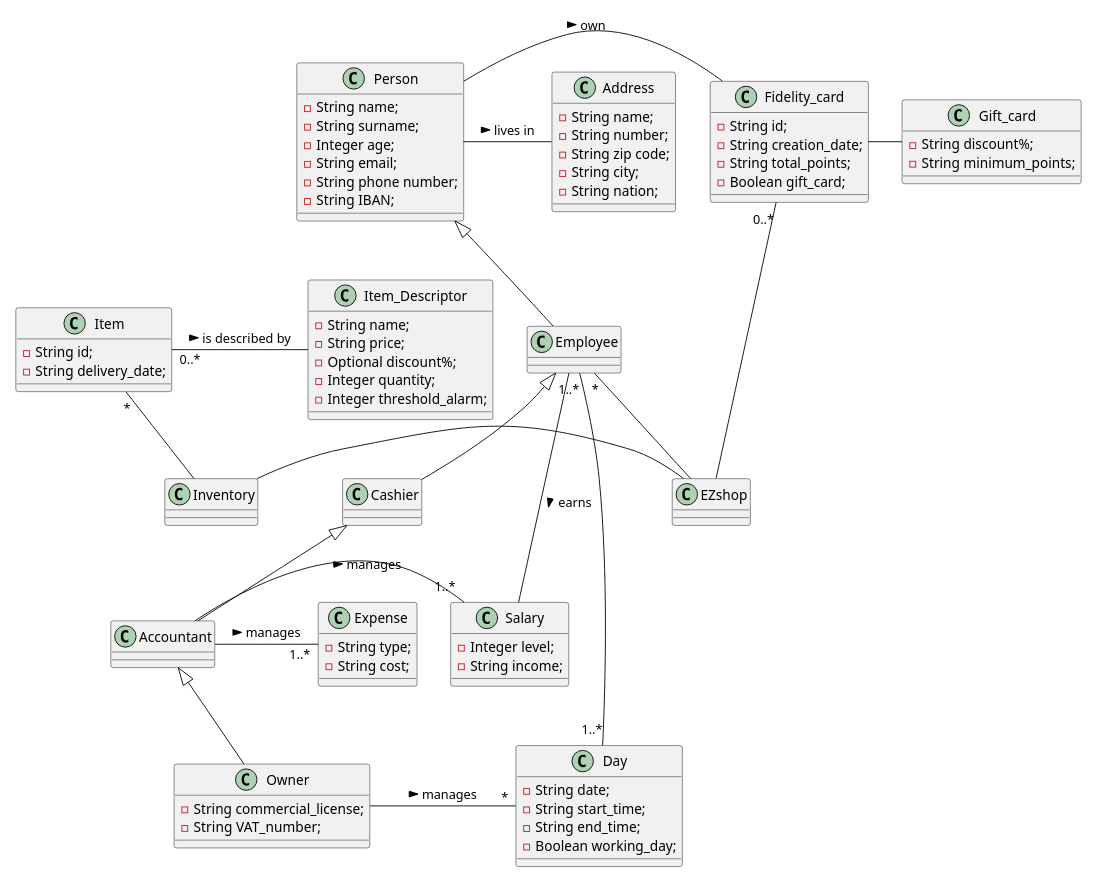
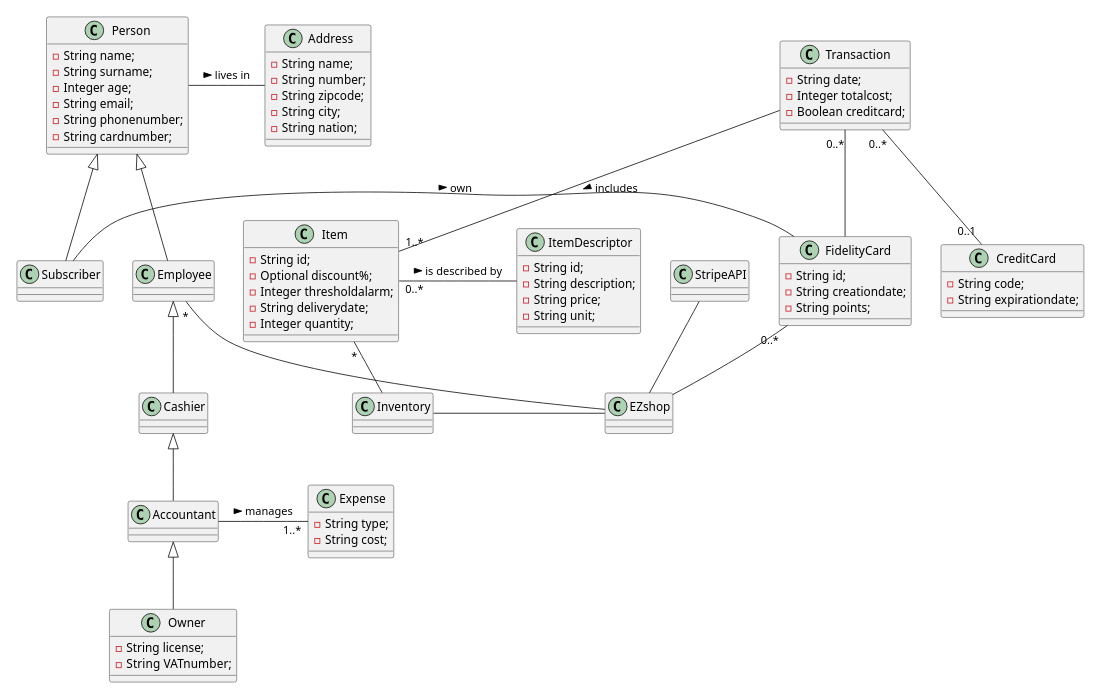
The fourth of 4 diagrams in Deliverables/RequirementsDocument.md (djemar/softeng_ezshop), drawn with PlantUML before and after one commit. The commit also changed other lines of this file, not shown here.

Commit message:
glossary--FR modified

````diff
--- a/Deliverables/RequirementsDocument.md
+++ b/Deliverables/RequirementsDocument.md
@@ -385,40 +385,38 @@
 -String surname;
 -Integer age;
 -String email;
--String phone number;
--String IBAN;
+-String phonenumber;
+-String cardnumber;
 }
+
 class Address{
 -String name;
 -String number;
--String zip code;
+-String zipcode;
 -String city;
 -String nation;
 }
-class Item_Descriptor{
--String name;
+class ItemDescriptor{
+-String id;
+-String description;
 -String price;
--Optional discount%;
--Integer quantity;
--Integer threshold_alarm;
+-String unit;
 }
 class Item{
 -String id;
--String delivery_date;
+-Optional discount%;
+-Integer thresholdalarm;
+-String deliverydate;
+-Integer quantity;
 }
-class Fidelity_card{
+class FidelityCard{
 -String id;
--String creation_date;
--String total_points;
--Boolean gift_card;
-}
-class Gift_card{
--String discount%;
--String minimum_points;
+-String creationdate;
+-String points;
 }
 class Owner{
--String commercial_license;
--String VAT_number;
+-String license;
+-String VATnumber;
 }
 class Cashier{
 
@@ -429,42 +427,50 @@
 class Employee{
 
 }
+class Subscriber{
+
+}
 class EZshop{
 
 }
 class Inventory{
 
 }
-class Salary{
--Integer level;
--String income; 
-}
+
 class Expense{
 -String type;
 -String cost;
 }
-Class Day{
+class StripeAPI{
+
+}
+class Transaction{
 -String date;
--String start_time;
--String end_time;
--Boolean working_day;
+-Integer totalcost;
+-Boolean creditcard;
+}
+class CreditCard{
+  -String code;
+  -String expirationdate;
 }
 Accountant <|-- Owner
 Cashier <|-- Accountant
 Employee <|--  Cashier
 Person <|-- Employee
+Person <|-- Subscriber
 Person - Address : lives in >
 Employee "*" -- EZshop
+StripeAPI -- EZshop
 Item "*" -- Inventory
-Item "0..*" - Item_Descriptor : is described by >
+Item "0..*" - ItemDescriptor : is described by >
 Inventory - EZshop
-Fidelity_card - Gift_card
-Person - Fidelity_card : own >
-Employee -- Salary : earns >
-Accountant -  "1..*" Salary : manages >
+Subscriber - FidelityCard : own >
 Accountant -  "1..*" Expense : manages >
-Fidelity_card "0..*" -- EZshop
-Owner - "*" Day : manages >
-Employee "1..*" - "1..*" Day
+FidelityCard "0..*" -- EZshop
+Transaction "0..*" -- "0..1" CreditCard
+Transaction -- "1..*" Item : includes >
+Transaction "0..*" -- FidelityCard
+
+
 
 ```
````
